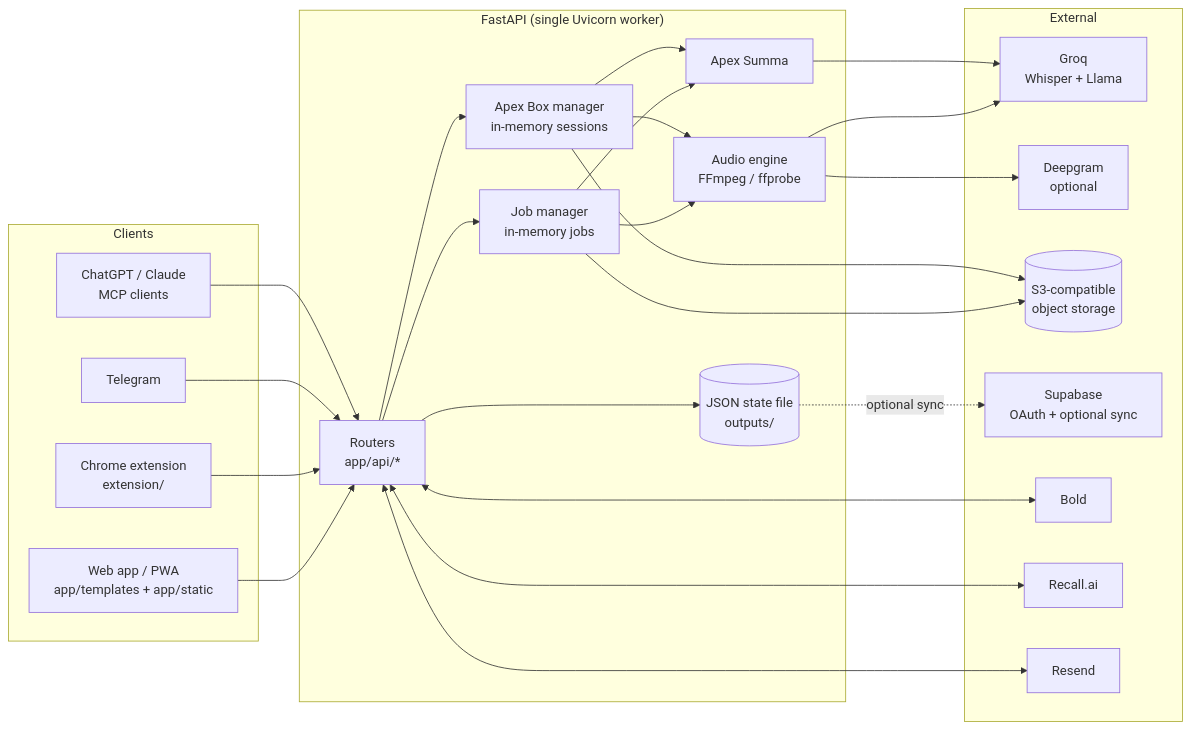
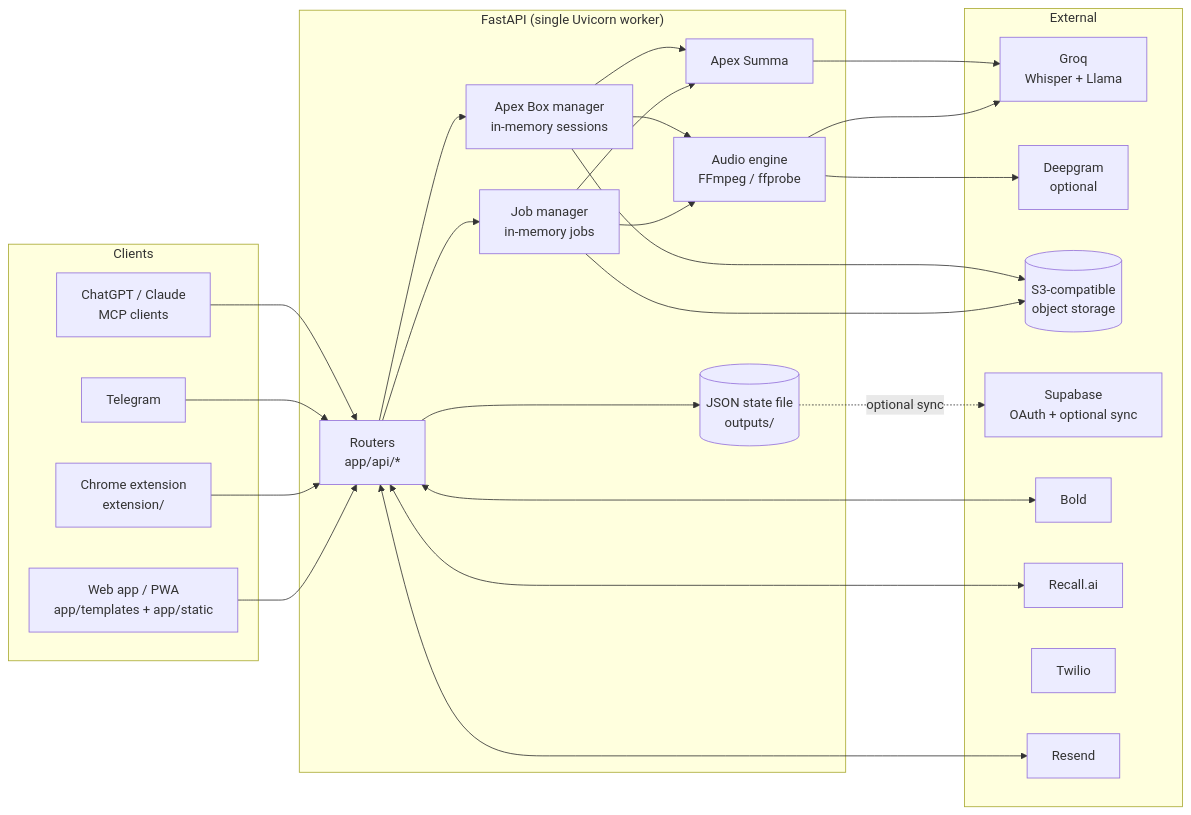
One commit to mateopiza/apex-vox changed the diagram in README.md. Above: the diagram before and after it, drawn with Mermaid. The commit also changed other lines of this file and 21 other files, not shown here.

````diff
--- a/README.md
+++ b/README.md
@@ -96,37 +97,38 @@
 ```mermaid
 flowchart LR
   subgraph Clients
     W[Web app / PWA<br/>app/templates + app/static]
     X[Chrome extension<br/>extension/]
     T[Telegram]
     M[ChatGPT / Claude<br/>MCP clients]
   end
 
   subgraph Server["FastAPI (single Uvicorn worker)"]
     R[Routers<br/>app/api/*]
     JM[Job manager<br/>in-memory jobs]
     BX[Apex Box manager<br/>in-memory sessions]
     AE[Audio engine<br/>FFmpeg / ffprobe]
     SU[Apex Summa]
     ST[(JSON state file<br/>outputs/)]
   end
 
   subgraph External
     G[Groq<br/>Whisper + Llama]
     D[Deepgram<br/>optional]
     S3[(S3-compatible<br/>object storage)]
     SB[Supabase<br/>OAuth + optional sync]
     B[Bold]
     RC[Recall.ai]
+    TW[Twilio]
     RS[Resend]
   end
 
   W & X & T & M --> R
   R --> JM & BX
   JM & BX --> AE --> G & D
   JM & BX --> SU --> G
   JM & BX --> S3
   R --> ST
   ST -.optional sync.-> SB
   R <--> B & RC & RS
 ```
````
